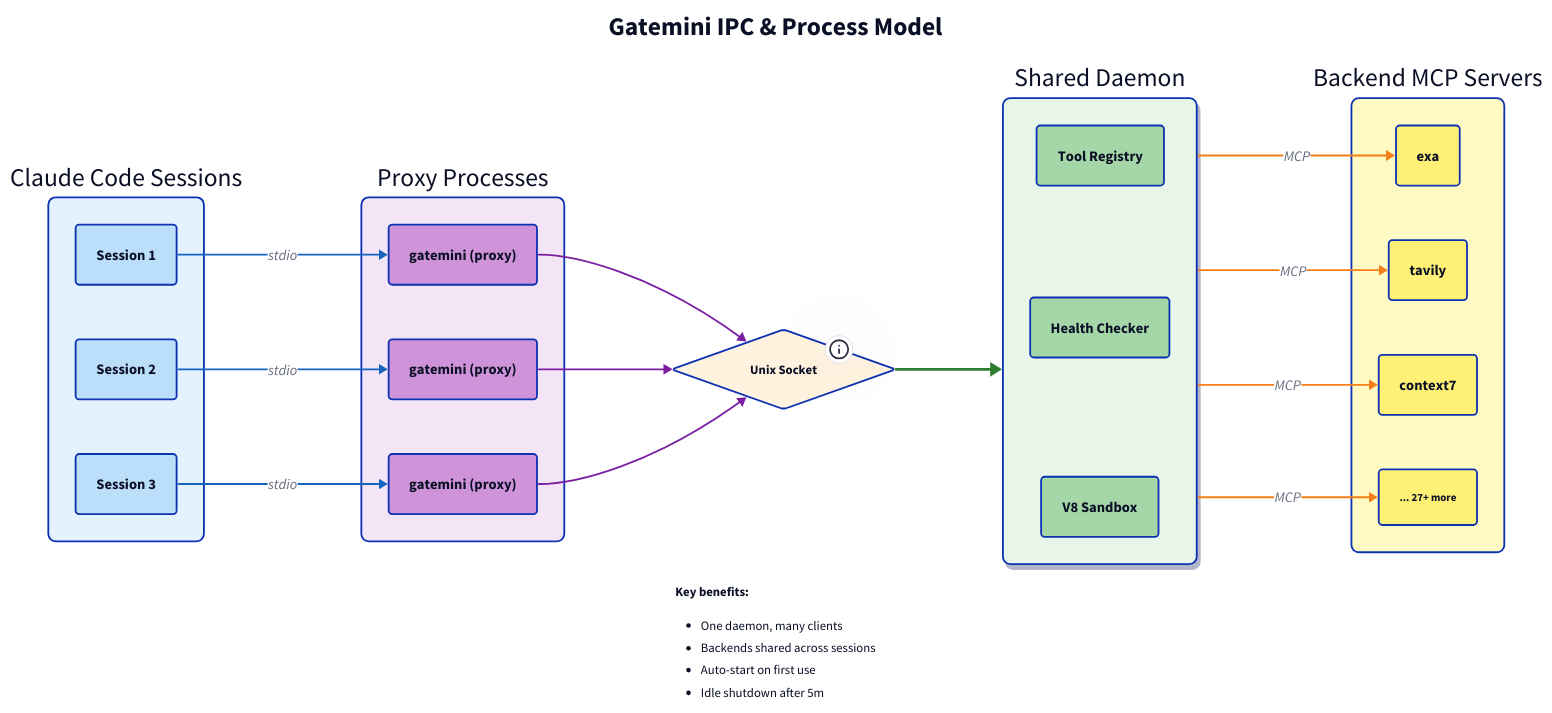
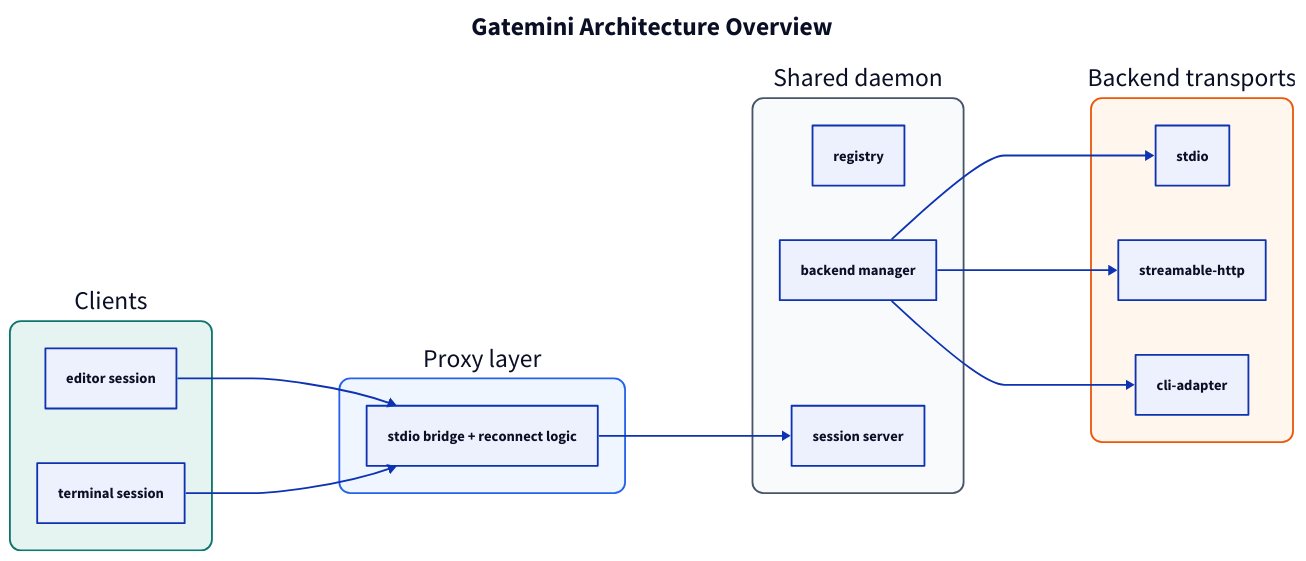
The diagram in docs/diagrams/architecture.d2 (jonwraymond/PrismGate), drawn with D2 before and after one commit. The commit also changed 45 other files, not shown here.

```diff
--- a/docs/diagrams/architecture.d2
+++ b/docs/diagrams/architecture.d2
@@ -1,149 +1,48 @@
 direction: right
 
-title: Gatemini IPC & Process Model {
+title: Gatemini Architecture Overview {
   shape: text
   near: top-center
   style.font-size: 28
   style.bold: true
 }
 
-# Claude Code sessions
-sessions: Claude Code Sessions {
-  style.fill: "#E3F2FD"
-  style.border-radius: 8
-
-  s1: Session 1 {
-    style.fill: "#BBDEFB"
-    style.border-radius: 4
-  }
-  s2: Session 2 {
-    style.fill: "#BBDEFB"
-    style.border-radius: 4
-  }
-  s3: Session 3 {
-    style.fill: "#BBDEFB"
-    style.border-radius: 4
-  }
+clients: Clients {
+  style.fill: "#E6F4F1"
+  style.stroke: "#0F766E"
+  style.border-radius: 12
+  a: editor session
+  b: terminal session
 }
 
-# Proxy processes
-proxies: Proxy Processes {
-  style.fill: "#F3E5F5"
-  style.border-radius: 8
-
-  p1: gatemini (proxy) {
-    style.fill: "#CE93D8"
-    style.border-radius: 4
-  }
-  p2: gatemini (proxy) {
-    style.fill: "#CE93D8"
-    style.border-radius: 4
-  }
-  p3: gatemini (proxy) {
-    style.fill: "#CE93D8"
-    style.border-radius: 4
-  }
+proxy: Proxy layer {
+  style.fill: "#EFF6FF"
+  style.stroke: "#2563EB"
+  style.border-radius: 12
+  p: stdio bridge + reconnect logic
 }
 
-# Unix socket
-socket: Unix Socket {
-  shape: diamond
-  style.fill: "#FFF3E0"
-  style.font-size: 14
-  tooltip: "/tmp/gatemini-{UID}.sock"
+daemon: Shared daemon {
+  style.fill: "#F8FAFC"
+  style.stroke: "#475569"
+  style.border-radius: 12
+  d1: registry
+  d2: backend manager
+  d3: session server
 }
 
-# Shared daemon
-daemon: Shared Daemon {
-  style.fill: "#E8F5E9"
-  style.border-radius: 8
-  style.shadow: true
-
-  registry: Tool Registry {
-    style.fill: "#A5D6A7"
-    style.border-radius: 4
-  }
-  health: Health Checker {
-    style.fill: "#A5D6A7"
-    style.border-radius: 4
-  }
-  sandbox: V8 Sandbox {
-    style.fill: "#A5D6A7"
-    style.border-radius: 4
-  }
+backends: Backend transports {
+  style.fill: "#FFF7ED"
+  style.stroke: "#EA580C"
+  style.border-radius: 12
+  s: stdio
+  h: streamable-http
+  c: cli-adapter
 }
 
-# Backend MCP servers
-backends: Backend MCP Servers {
-  style.fill: "#FFF9C4"
-  style.border-radius: 8
-
-  b1: exa {
-    style.fill: "#FFF176"
-    style.border-radius: 4
-  }
-  b2: tavily {
-    style.fill: "#FFF176"
-    style.border-radius: 4
-  }
-  b3: context7 {
-    style.fill: "#FFF176"
-    style.border-radius: 4
-  }
-  b4: "... 27+ more" {
-    style.fill: "#FFF176"
-    style.border-radius: 4
-    style.font-size: 12
-  }
-}
-
-# Connections
-sessions.s1 -> proxies.p1: stdio {
-  style.stroke: "#1565C0"
-}
-sessions.s2 -> proxies.p2: stdio {
-  style.stroke: "#1565C0"
-}
-sessions.s3 -> proxies.p3: stdio {
-  style.stroke: "#1565C0"
-}
-
-proxies.p1 -> socket {
-  style.stroke: "#7B1FA2"
-}
-proxies.p2 -> socket {
-  style.stroke: "#7B1FA2"
-}
-proxies.p3 -> socket {
-  style.stroke: "#7B1FA2"
-}
-
-socket -> daemon: {
-  style.stroke: "#2E7D32"
-  style.stroke-width: 3
-}
-
-daemon -> backends.b1: MCP {
-  style.stroke: "#F57F17"
-}
-daemon -> backends.b2: MCP {
-  style.stroke: "#F57F17"
-}
-daemon -> backends.b3: MCP {
-  style.stroke: "#F57F17"
-}
-daemon -> backends.b4: MCP {
-  style.stroke: "#F57F17"
-}
-
-# Annotations
-note1: |md
-  **Key benefits:**
-  - One daemon, many clients
-  - Backends shared across sessions
-  - Auto-start on first use
-  - Idle shutdown after 5m
-| {
-  near: bottom-center
-  style.font-size: 14
-}
+clients.a -> proxy.p
+clients.b -> proxy.p
+proxy.p -> daemon.d3
+daemon.d2 -> backends.s
+daemon.d2 -> backends.h
+daemon.d2 -> backends.c
```
